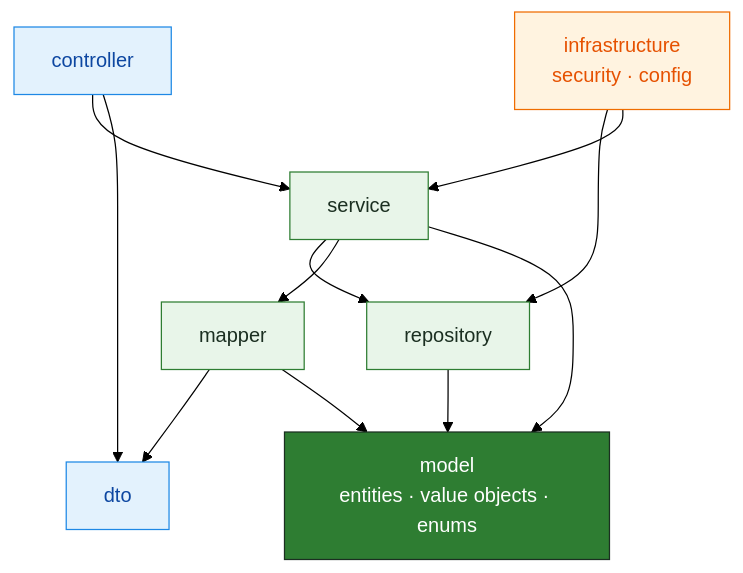
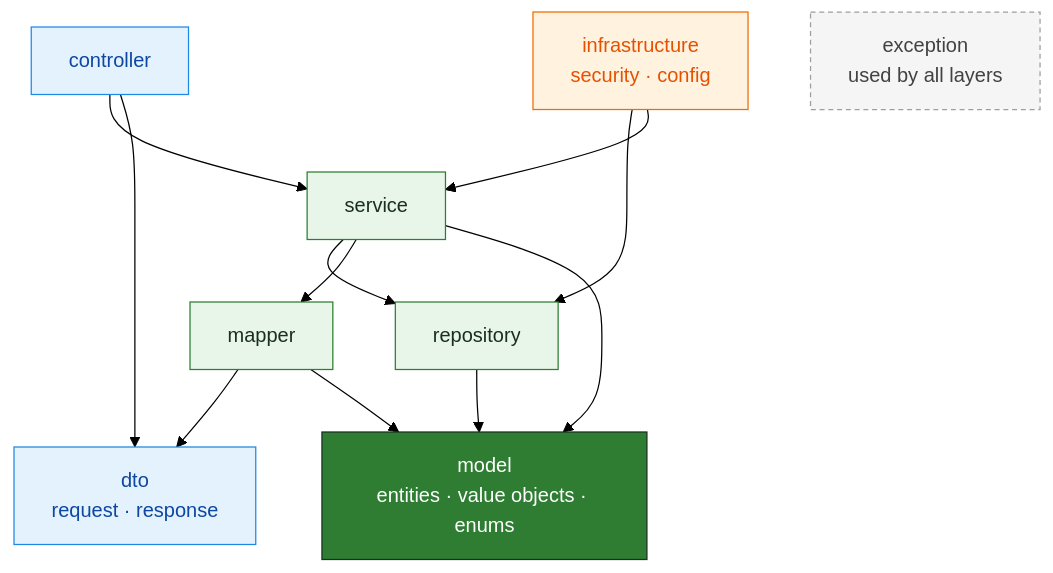
The third of 5 diagrams in README.md (RodolfoAgosto/lirium-nutrition-planning), drawn with Mermaid (forest theme) before and after one commit. The commit also changed other lines of this file and 1 other file, not shown here.

Commit message:
test: enforce that the domain model doesn't depend on other layers
ArchUnit only defined the controller, service, repository and infrastructure layers, so nothing stopped the model from depending on services, DTOs or controllers. The model is clean today (it only depends on exception), but that was a convention, not a rule.

- ArchitectureTest: new rule modelShouldNotDependOnOtherLayers (model can't depend on controller, service, repository, dto, mapper or infrastructure).
- README: the architecture diagram shows the exception package and the dto subpackages, notes that it shows the main dependencies, and lists the new rule.

````diff
--- a/README.md
+++ b/README.md
@@ -132,21 +132,24 @@
 ```mermaid
 flowchart TD
     C[controller] --> S[service]
-    C --> DTO[dto]
+    C --> DTO[dto<br/>request · response]
     S --> R[repository]
     S --> MAP[mapper]
     S --> M[model<br/>entities · value objects · enums]
     MAP --> DTO
     MAP --> M
     R --> M
     I[infrastructure<br/>security · config] --> R
     I --> S
+    X[exception<br/>used by all layers]
     classDef web fill:#E3F2FD,stroke:#1E88E5,color:#0D47A1
     classDef app fill:#E8F5E9,stroke:#2E7D32,color:#1B2F21
     classDef domain fill:#2E7D32,stroke:#1B2F21,color:#fff
     classDef infra fill:#FFF3E0,stroke:#EF6C00,color:#E65100
+    classDef shared fill:#F5F5F5,stroke:#9E9E9E,color:#424242,stroke-dasharray:4 3
     class C,DTO web
     class S,MAP,R app
     class M domain
     class I infra
+    class X shared
 ```
````
